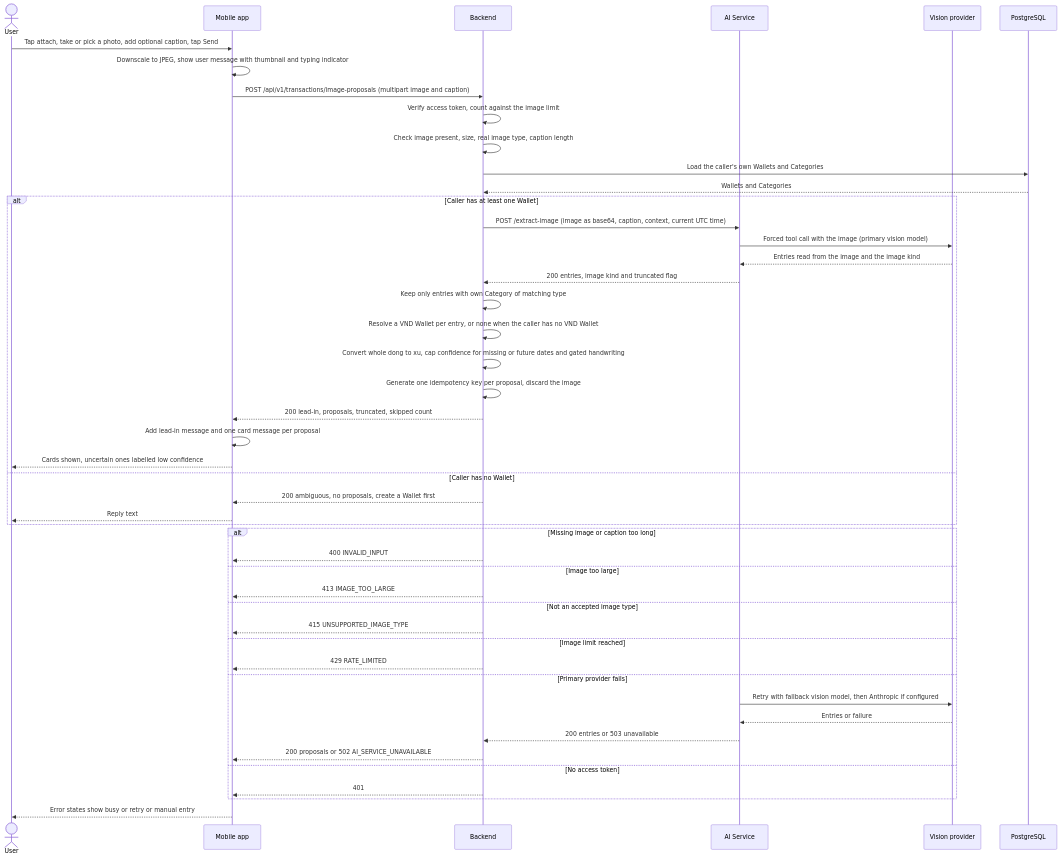
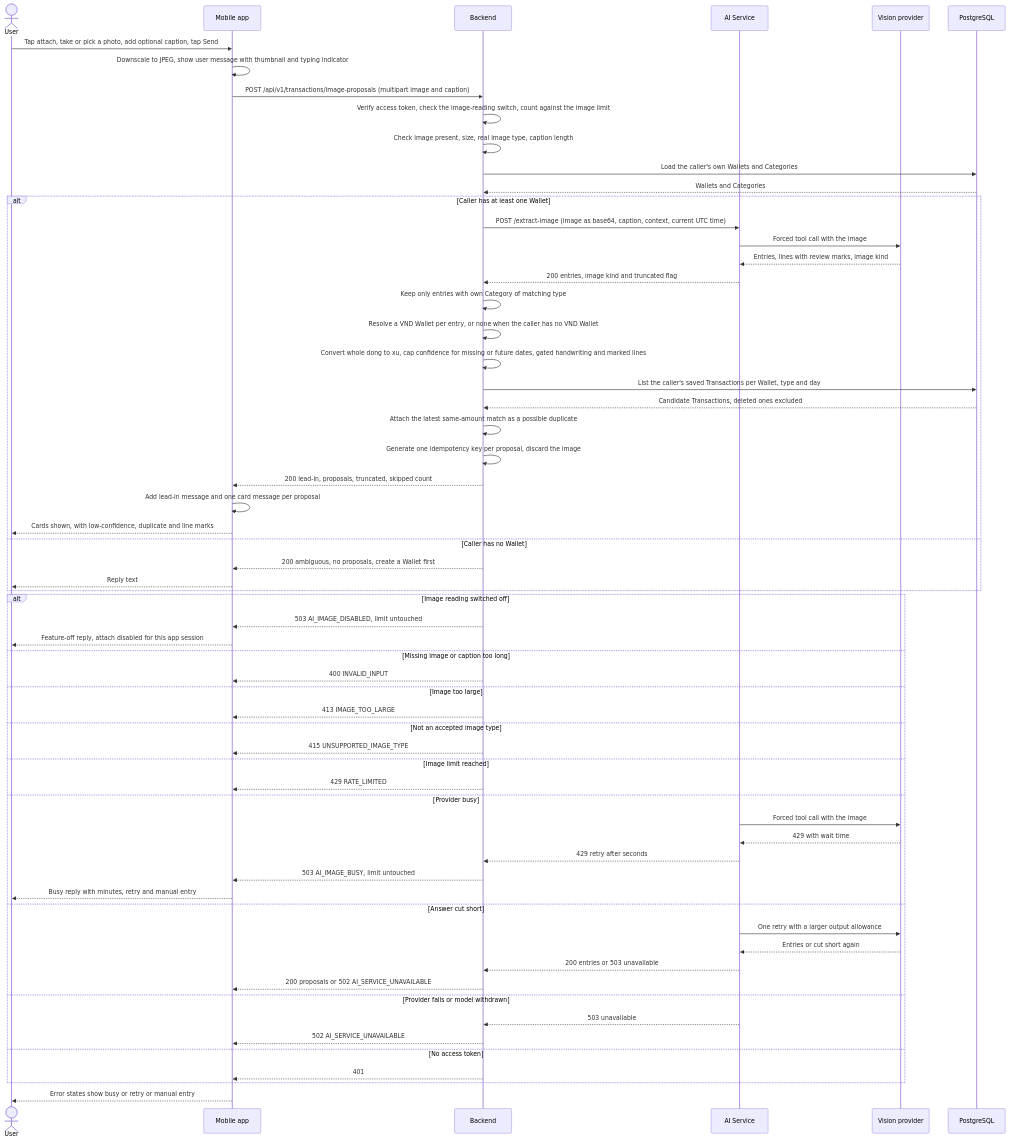
One commit to tommyledev-gif/pfm changed the first of 5 diagrams in specs/ai-chat-image-capture/plan.md. Above: the diagram before and after it, drawn with Mermaid. The commit also changed other lines of this file and 69 other files, not shown here.

First line of the commit message:
feat: read transactions from a receipt photo (ai-chat-image-capture)

````diff
--- a/specs/ai-chat-image-capture/plan.md
+++ b/specs/ai-chat-image-capture/plan.md
@@ -289,50 +401,65 @@
 ```mermaid
 sequenceDiagram
     actor U as User
     participant M as Mobile app
     participant B as Backend
     participant AI as AI Service
     participant P as Vision provider
     participant DB as PostgreSQL
 
     U->>M: Tap attach, take or pick a photo, add optional caption, tap Send
     M->>M: Downscale to JPEG, show user message with thumbnail and typing indicator
     M->>B: POST /api/v1/transactions/image-proposals (multipart image and caption)
-    B->>B: Verify access token, count against the image limit
+    B->>B: Verify access token, check the image-reading switch, count against the image limit
     B->>B: Check image present, size, real image type, caption length
     B->>DB: Load the caller's own Wallets and Categories
     DB-->>B: Wallets and Categories
     alt Caller has at least one Wallet
         B->>AI: POST /extract-image (image as base64, caption, context, current UTC time)
-        AI->>P: Forced tool call with the image (primary vision model)
-        P-->>AI: Entries read from the image and the image kind
+        AI->>P: Forced tool call with the image
+        P-->>AI: Entries, lines with review marks, image kind
         AI-->>B: 200 entries, image kind and truncated flag
         B->>B: Keep only entries with own Category of matching type
         B->>B: Resolve a VND Wallet per entry, or none when the caller has no VND Wallet
-        B->>B: Convert whole dong to xu, cap confidence for missing or future dates and gated handwriting
+        B->>B: Convert whole dong to xu, cap confidence for missing or future dates, gated handwriting and marked lines
+        B->>DB: List the caller's saved Transactions per Wallet, type and day
+        DB-->>B: Candidate Transactions, deleted ones excluded
+        B->>B: Attach the latest same-amount match as a possible duplicate
         B->>B: Generate one idempotency key per proposal, discard the image
         B-->>M: 200 lead-in, proposals, truncated, skipped count
         M->>M: Add lead-in message and one card message per proposal
-        M-->>U: Cards shown, uncertain ones labelled low confidence
+        M-->>U: Cards shown, with low-confidence, duplicate and line marks
     else Caller has no Wallet
         B-->>M: 200 ambiguous, no proposals, create a Wallet first
         M-->>U: Reply text
     end
-    alt Missing image or caption too long
+    alt Image reading switched off
+        B-->>M: 503 AI_IMAGE_DISABLED, limit untouched
+        M-->>U: Feature-off reply, attach disabled for this app session
+    else Missing image or caption too long
         B-->>M: 400 INVALID_INPUT
     else Image too large
         B-->>M: 413 IMAGE_TOO_LARGE
     else Not an accepted image type
         B-->>M: 415 UNSUPPORTED_IMAGE_TYPE
     else Image limit reached
         B-->>M: 429 RATE_LIMITED
-    else Primary provider fails
-        AI->>P: Retry with fallback vision model, then Anthropic if configured
-        P-->>AI: Entries or failure
+    else Provider busy
+        AI->>P: Forced tool call with the image
+        P-->>AI: 429 with wait time
+        AI-->>B: 429 retry after seconds
+        B-->>M: 503 AI_IMAGE_BUSY, limit untouched
+        M-->>U: Busy reply with minutes, retry and manual entry
+    else Answer cut short
+        AI->>P: One retry with a larger output allowance
+        P-->>AI: Entries or cut short again
         AI-->>B: 200 entries or 503 unavailable
         B-->>M: 200 proposals or 502 AI_SERVICE_UNAVAILABLE
+    else Provider fails or model withdrawn
+        AI-->>B: 503 unavailable
+        B-->>M: 502 AI_SERVICE_UNAVAILABLE
     else No access token
         B-->>M: 401
     end
     M-->>U: Error states show busy or retry or manual entry
 ```
````
